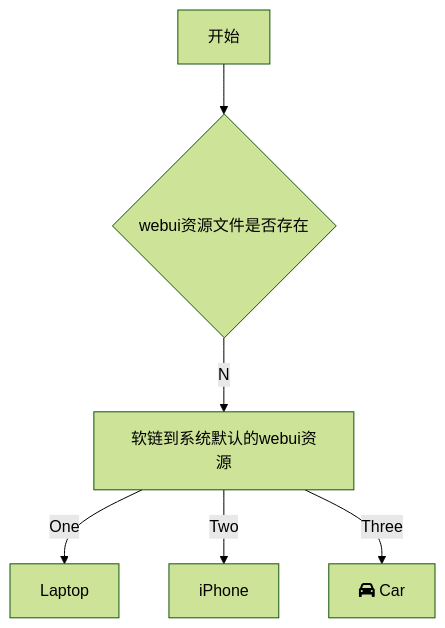
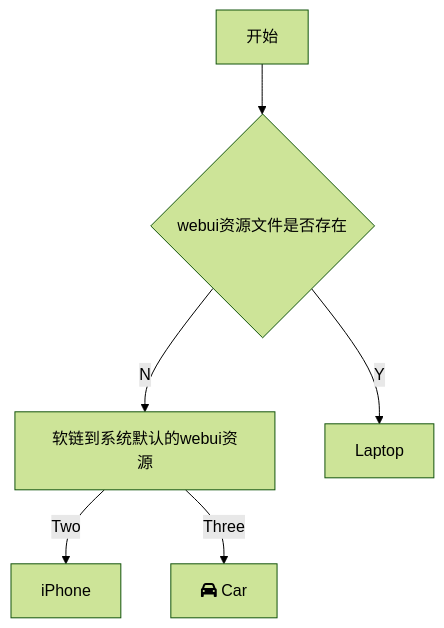
One commit to HaleyCoder/iodraw-files changed the diagram in all/未命名.md. Above: the diagram before and after it, drawn with Mermaid (forest theme).

Commit message:
2024-08-29 14:35:40 update

````diff
--- a/all/未命名.md
+++ b/all/未命名.md
@@ -1,9 +1,9 @@
 ```mermaid
 graph TD
     A[开始] --> B{webui资源文件是否存在}
     B -->|N| C[软链到系统默认的webui资源]
-    C -->|One| D[Laptop]
+    B -->|Y| D[Laptop]
     C -->|Two| E[iPhone]
     C -->|Three| F[fa:fa-car Car]
   
 ```
````
